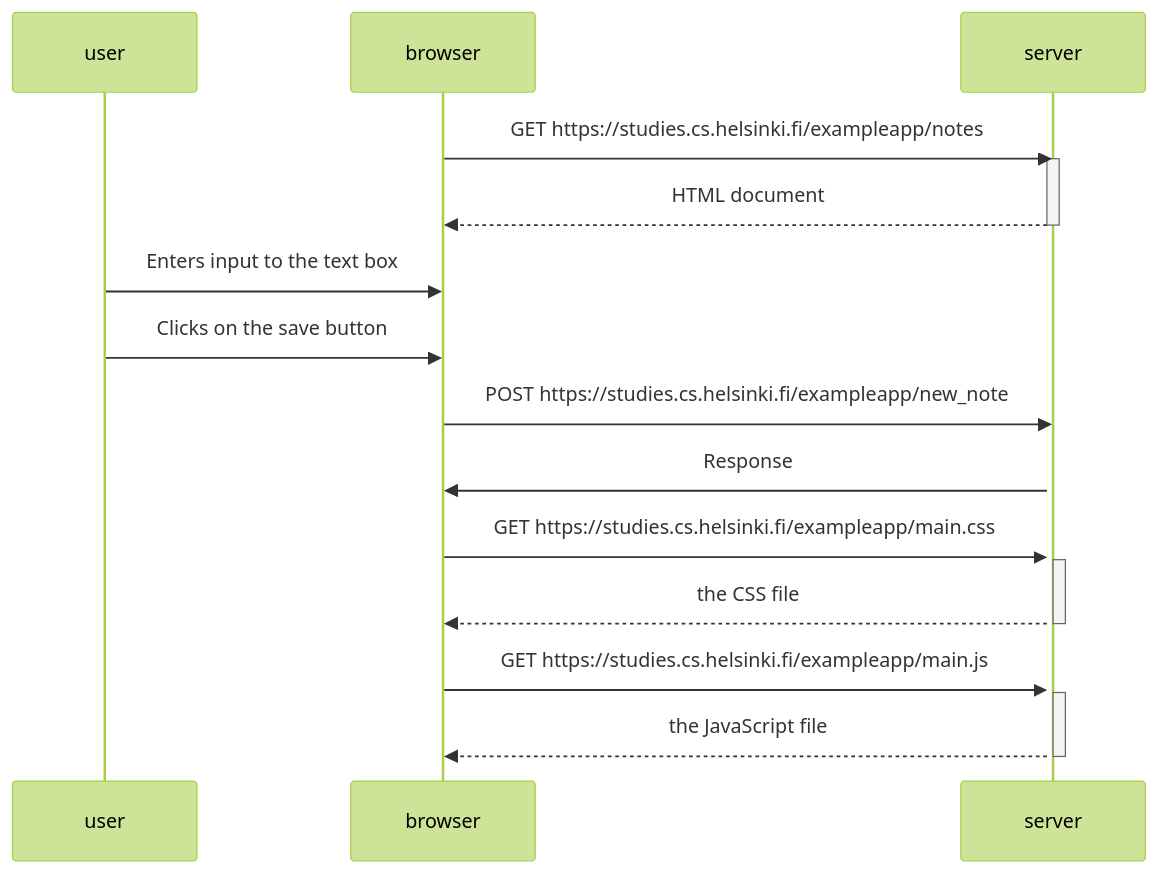
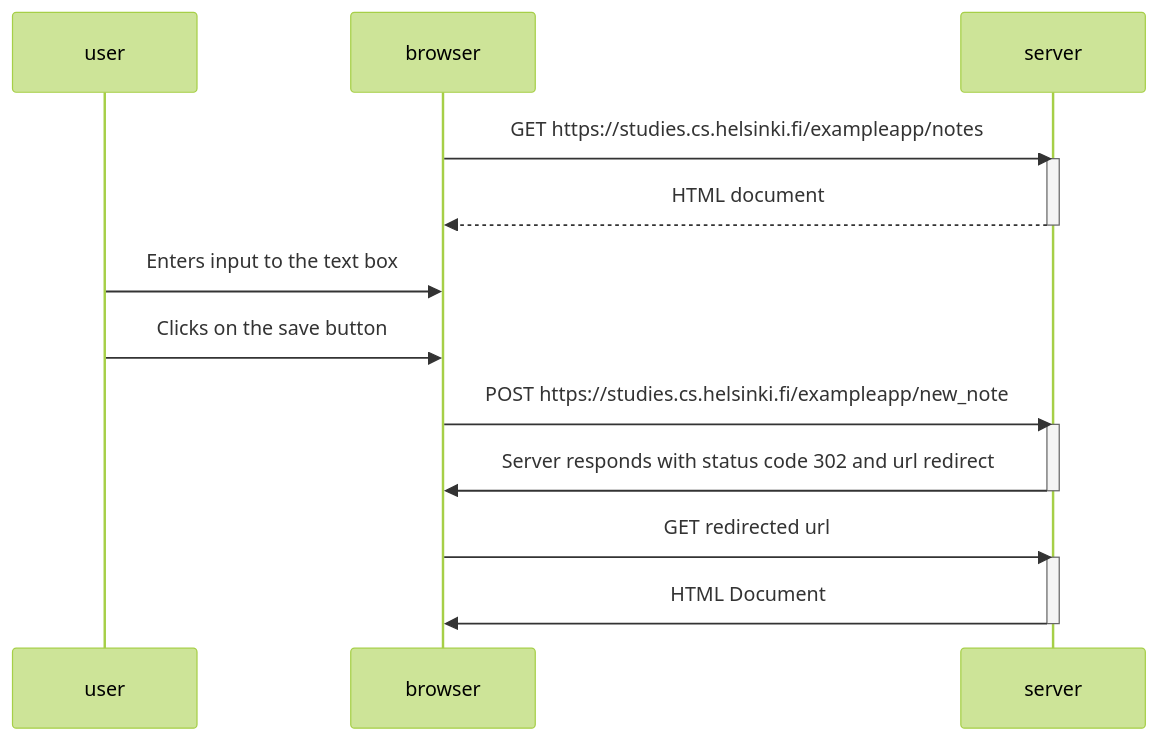
One commit to EZEKIEL-FROSTY/fullstackopen changed the diagram in week0/newnotediagram.md. Above: the diagram before and after it, drawn with Mermaid (forest theme).

Commit message:
updated 0.4 New Note Diagram

````diff
--- a/week0/newnotediagram.md
+++ b/week0/newnotediagram.md
@@ -1,30 +1,26 @@
 ```mermaid
 sequenceDiagram
     participant user
     participant browser
     participant server
 
     browser->>server: GET https://studies.cs.helsinki.fi/exampleapp/notes
     activate server
     server-->>browser: HTML document
     deactivate server
 
     user->>browser: Enters input to the text box
     user->>browser: Clicks on the save button
 
     browser->>server: POST https://studies.cs.helsinki.fi/exampleapp/new_note
     activate server
-    server->>browser: Response
-
-    browser->>server: GET https://studies.cs.helsinki.fi/exampleapp/main.css
-    activate server
-    server-->>browser: the CSS file
+    server->>browser: Server responds with status code 302 and url redirect
     deactivate server
 
-    browser->>server: GET https://studies.cs.helsinki.fi/exampleapp/main.js
+    browser->>server: GET redirected url
     activate server
-    server-->>browser: the JavaScript file
+    server->>browser: HTML Document
     deactivate server
 
 
 ```
````
